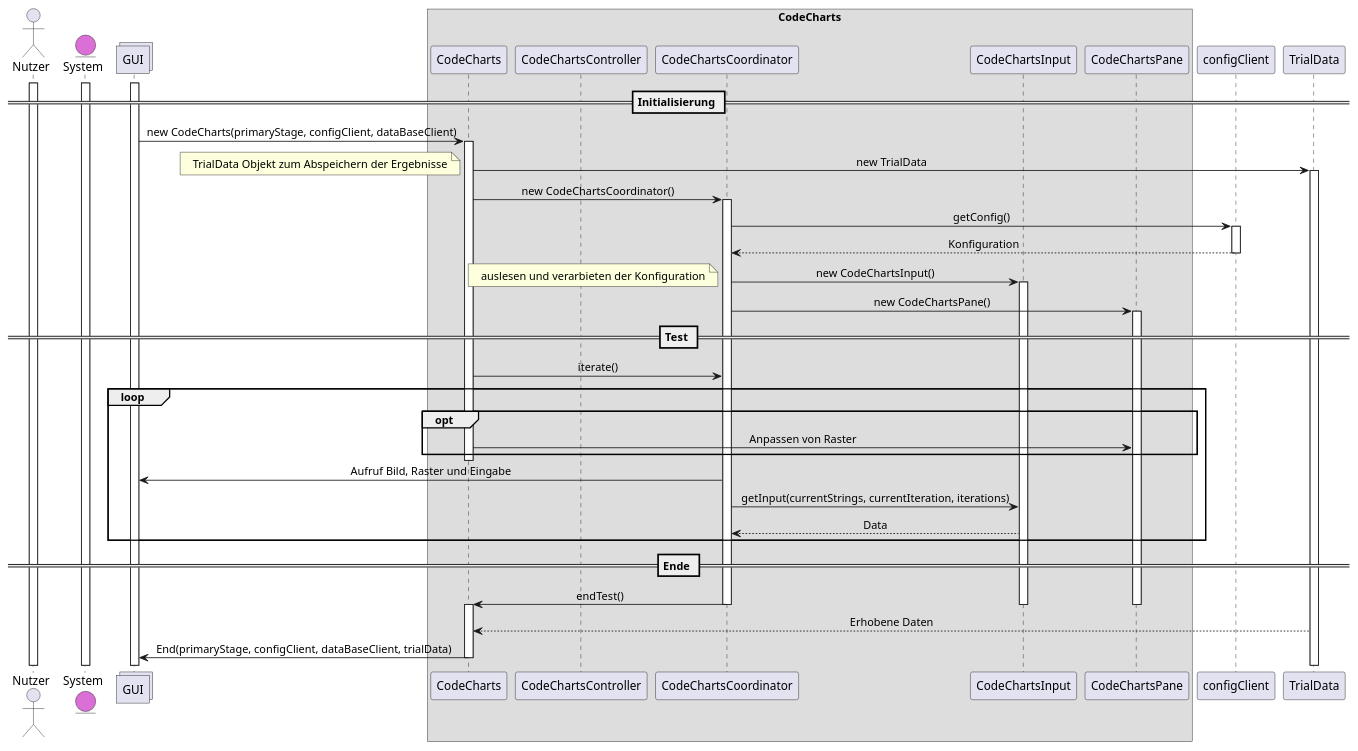
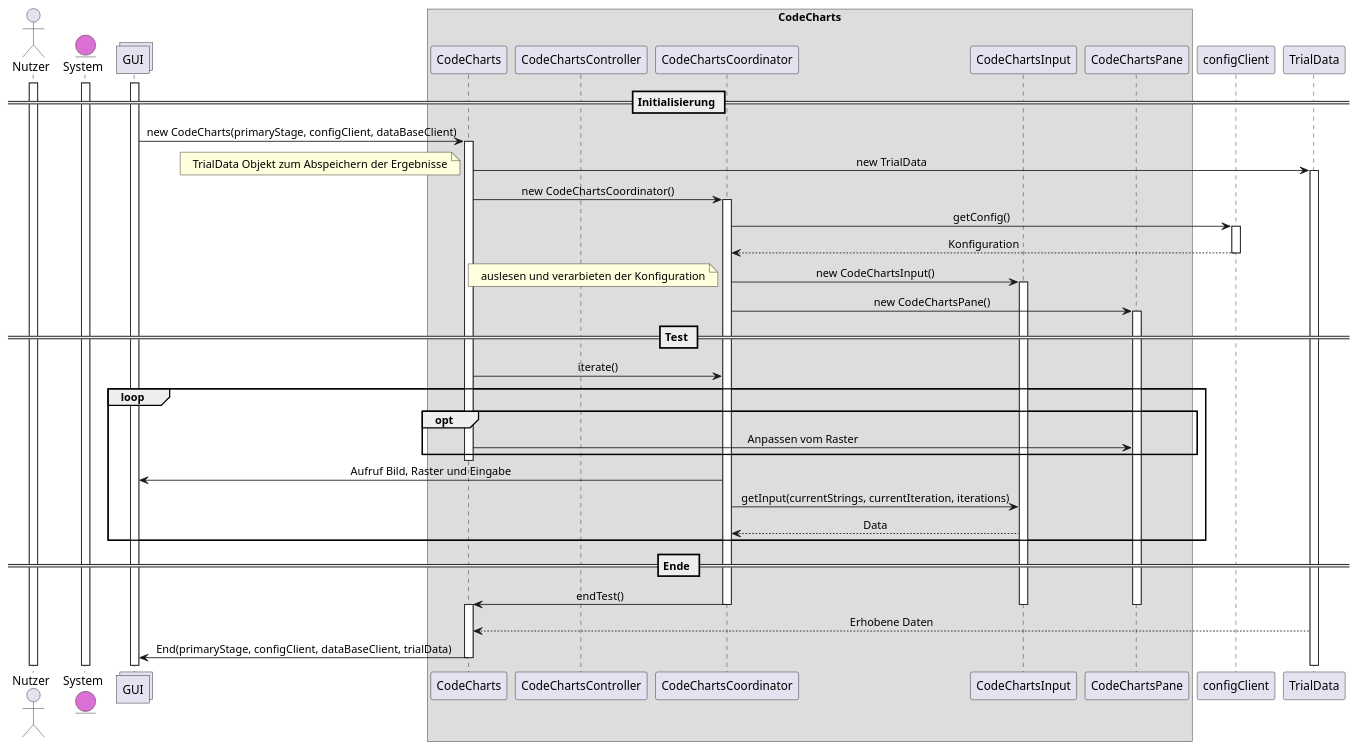
One commit to weichware-10/dokumente changed the diagram in uml-sequence/codecharts/sequenz-codecharts.puml. Above: the diagram before and after it, drawn with PlantUML.

```diff
--- a/uml-sequence/codecharts/sequenz-codecharts.puml
+++ b/uml-sequence/codecharts/sequenz-codecharts.puml
@@ -1,65 +1,65 @@
 @startuml codecharts
 skinparam defaultTextAlignment center
 
 actor       Nutzer          as n
 entity      System          as s    #DA70D5
 collections GUI             as g
 
 box CodeCharts
 
 participant CodeCharts              as cc
 participant CodeChartsController    as ct
 participant CodeChartsCoordinator   as co
 participant CodeChartsInput         as ci
 participant CodeChartsPane          as cp
 end box
 
 participant configClient            as c
 participant TrialData               as td
 
 activate n
 activate s
 activate g
 
 == Initialisierung ==
 g -> cc : new CodeCharts(primaryStage, configClient, dataBaseClient)
 activate cc
 cc -> td : new TrialData
 activate td
 note left: TrialData Objekt zum Abspeichern der Ergebnisse
 cc -> co : new CodeChartsCoordinator()
 activate co
 co -> c : getConfig()
 activate c
 c --> co : Konfiguration
 deactivate c
 co -> ci : new CodeChartsInput()
 activate ci
 note left : auslesen und verarbieten der Konfiguration
 co -> cp : new CodeChartsPane()
 activate cp
 
 == Test ==
 cc -> co : iterate()
 loop
     opt
-        cc -> cp : Anpassen von Raster
+        cc -> cp : Anpassen vom Raster
     end
     deactivate cc
     activate co
     co -> g : Aufruf Bild, Raster und Eingabe
     co -> ci : getInput(currentStrings, currentIteration, iterations)
     ci --> co : Data
 end
 
 == Ende == 
 co -> cc : endTest()
 deactivate co
 deactivate cp
 deactivate ci
 activate cc
 td --> cc : Erhobene Daten
 cc -> g : End(primaryStage, configClient, dataBaseClient, trialData)
 deactivate cc
 
 @enduml
```
